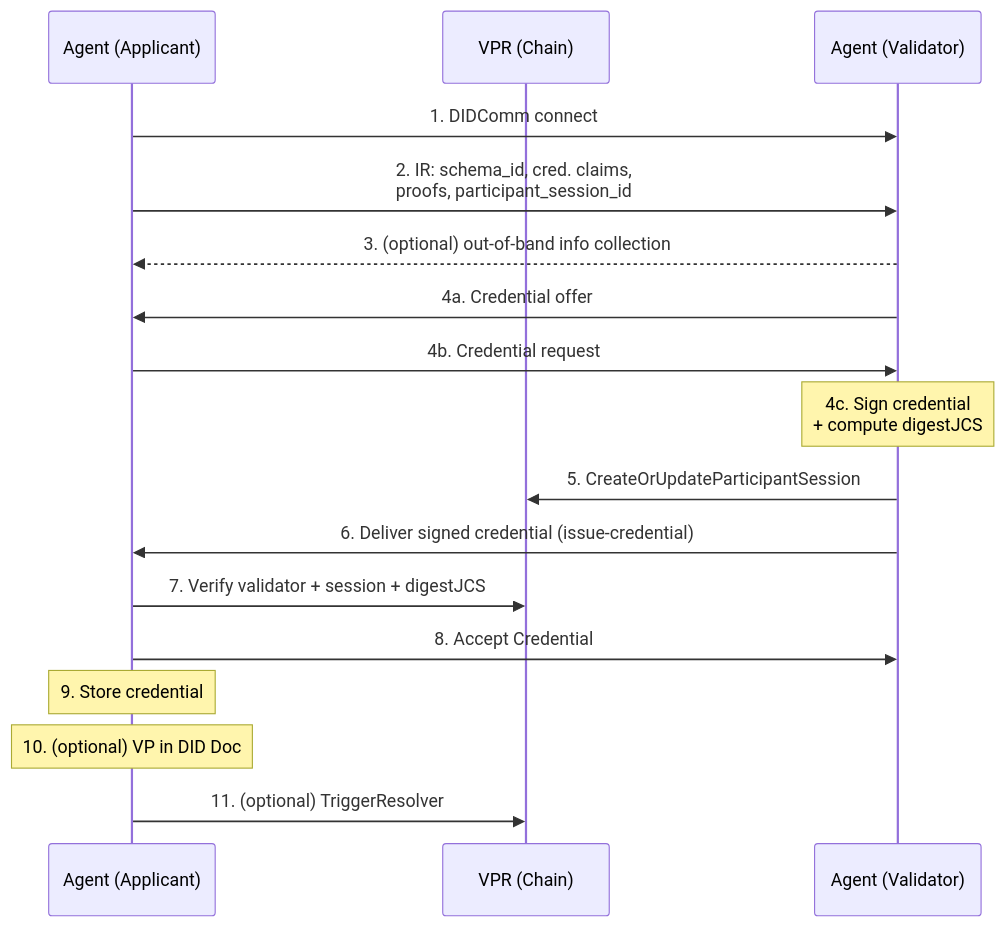
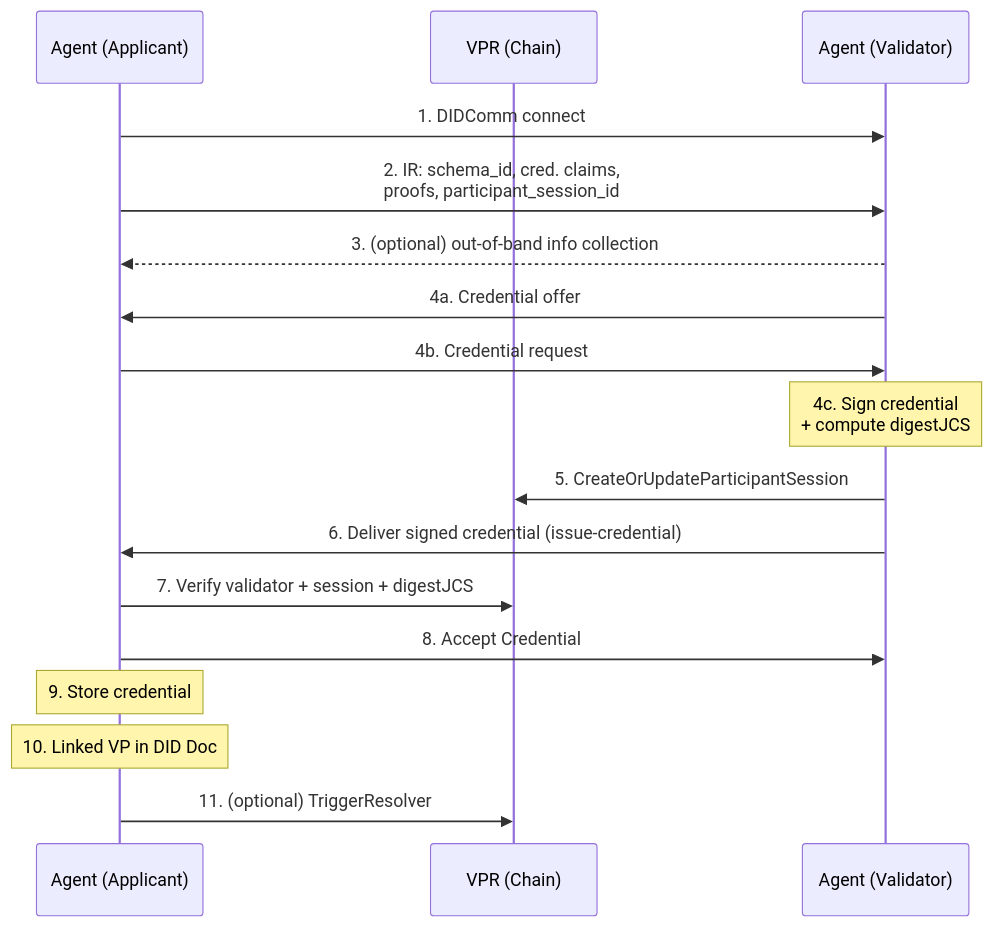
The eighth of 9 diagrams in v4/vs-agent/spec.md (verana-labs/verana-spec), drawn with Mermaid before and after one commit. The commit also changed other lines of this file and 1 other file, not shown here.

First line of the commit message:
fix(vs-agent, vt-flow): flows issue W3C VTCs only, always published as a linked VP

````diff
--- a/v4/vs-agent/spec.md
+++ b/v4/vs-agent/spec.md
@@ -875,20 +876,20 @@
 ```mermaid
 sequenceDiagram
     participant Applicant as Agent (Applicant)
     participant VPR as VPR (Chain)
     participant Validator as Agent (Validator)
 
     Applicant->>Validator: 1. DIDComm connect
     Applicant->>Validator: 2. IR: schema_id, cred. claims,<br/>proofs, participant_session_id
     Validator-->>Applicant: 3. (optional) out-of-band info collection
     Validator->>Applicant: 4a. Credential offer
     Applicant->>Validator: 4b. Credential request
     Note over Validator: 4c. Sign credential<br/>+ compute digestJCS
     Validator->>VPR: 5. CreateOrUpdateParticipantSession
     Validator->>Applicant: 6. Deliver signed credential (issue-credential)
     Applicant->>VPR: 7. Verify validator + session + digestJCS
     Applicant->>Validator: 8. Accept Credential
     Note over Applicant: 9. Store credential
-    Note over Applicant: 10. (optional) VP in DID Doc
+    Note over Applicant: 10. Linked VP in DID Doc
     Applicant->>VPR: 11. (optional) TriggerResolver
 ```
````
